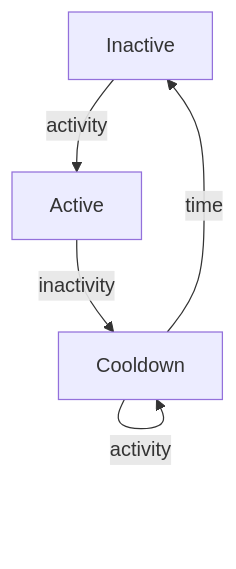
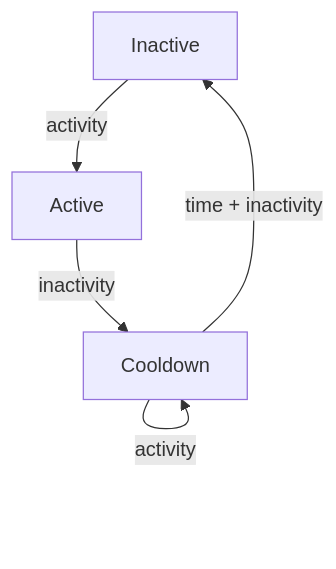
One commit to MiniaczQ/gartic-on-demand changed the diagram in reference/activity_states.md. Above: the diagram before and after it, drawn with Mermaid. The commit also changed 23 other files, not shown here.

````diff
--- a/reference/activity_states.md
+++ b/reference/activity_states.md
@@ -1,7 +1,7 @@
 ```mermaid
 flowchart TD;
     Inactive -- activity --> Active
     Active -- inactivity --> Cooldown
-    Cooldown -- time --> Inactive
+    Cooldown -- time + inactivity --> Inactive
     Cooldown -- activity --> Cooldown
 ```
````
